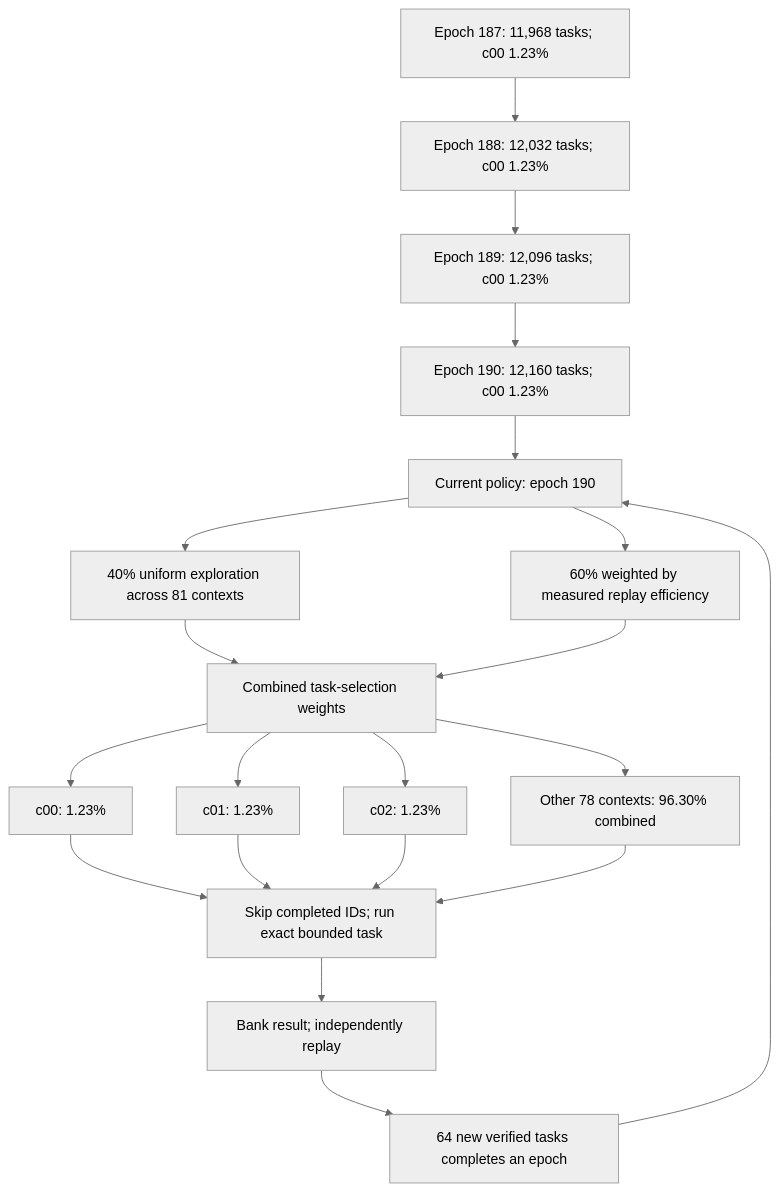
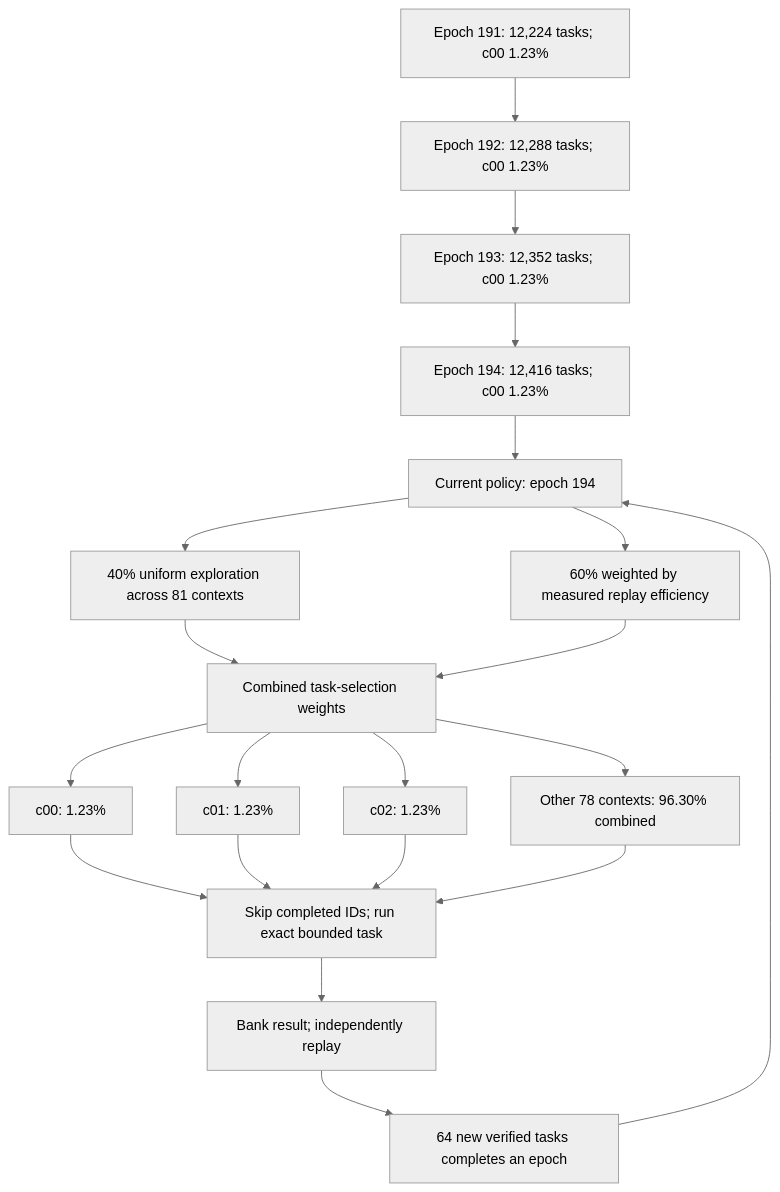
One commit to Kuberwastaken/math-gambling changed the diagram in README.md. Above: the diagram before and after it, drawn with Mermaid (neutral theme). The commit also changed other lines of this file and 597 other files, not shown here.

````diff
--- a/README.md
+++ b/README.md
@@ -49,27 +49,27 @@
 ```mermaid
 flowchart TD
-    H0["Epoch 187: 11,968 tasks; c00 1.23%"]
-    H1["Epoch 188: 12,032 tasks; c00 1.23%"]
+    H0["Epoch 191: 12,224 tasks; c00 1.23%"]
+    H1["Epoch 192: 12,288 tasks; c00 1.23%"]
     H0 --> H1
-    H2["Epoch 189: 12,096 tasks; c00 1.23%"]
+    H2["Epoch 193: 12,352 tasks; c00 1.23%"]
     H1 --> H2
-    H3["Epoch 190: 12,160 tasks; c00 1.23%"]
+    H3["Epoch 194: 12,416 tasks; c00 1.23%"]
     H2 --> H3
-    Policy["Current policy: epoch 190"]
+    Policy["Current policy: epoch 194"]
     H3 --> Policy
     Policy --> Explore["40% uniform exploration across 81 contexts"]
     Policy --> Cost["60% weighted by measured replay efficiency"]
     Explore --> Mix["Combined task-selection weights"]
     Cost --> Mix
     Mix --> C0["c00: 1.23%"]
     Mix --> C1["c01: 1.23%"]
     Mix --> C2["c02: 1.23%"]
     Mix --> Rest["Other 78 contexts: 96.30% combined"]
     C0 --> Check["Skip completed IDs; run exact bounded task"]
     C1 --> Check
     C2 --> Check
     Rest --> Check
     Check --> Replay["Bank result; independently replay"]
     Replay --> Gate["64 new verified tasks completes an epoch"]
     Gate --> Policy
 ```
````
